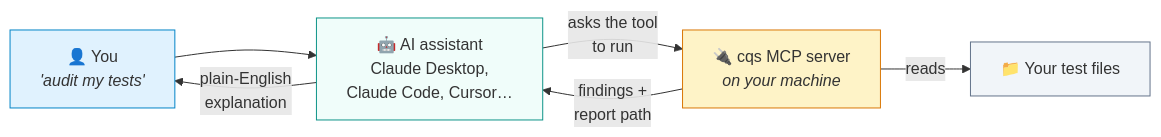
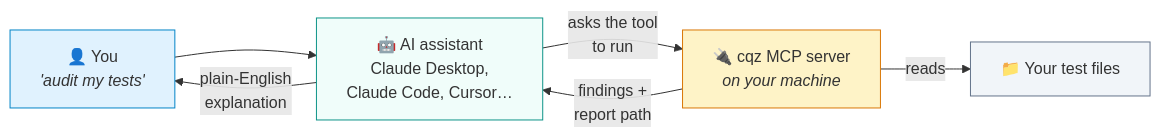
The first of 2 diagrams in docs/MCP_GUIDE.md (mv-vasanth/code-quality-studio), drawn with Mermaid before and after one commit. The commit also changed other lines of this file and 65 other files, not shown here.

````diff
--- a/docs/MCP_GUIDE.md
+++ b/docs/MCP_GUIDE.md
@@ -37,13 +37,13 @@
 ```mermaid
 flowchart LR
     U["👤 You<br/><i>'audit my tests'</i>"] --> A["🤖 AI assistant<br/>Claude Desktop,<br/>Claude Code, Cursor…"]
-    A -->|"asks the tool<br/>to run"| M["🔌 cqs MCP server<br/><i>on your machine</i>"]
+    A -->|"asks the tool<br/>to run"| M["🔌 cqz MCP server<br/><i>on your machine</i>"]
     M -->|"reads"| F["📁 Your test files"]
     M -->|"findings +<br/>report path"| A
     A -->|"plain-English<br/>explanation"| U
 
     style U fill:#e0f2fe,stroke:#0284c7
     style A fill:#f0fdfa,stroke:#0d9488
     style M fill:#fef3c7,stroke:#d97706
     style F fill:#f1f5f9,stroke:#64748b
 ```
````
